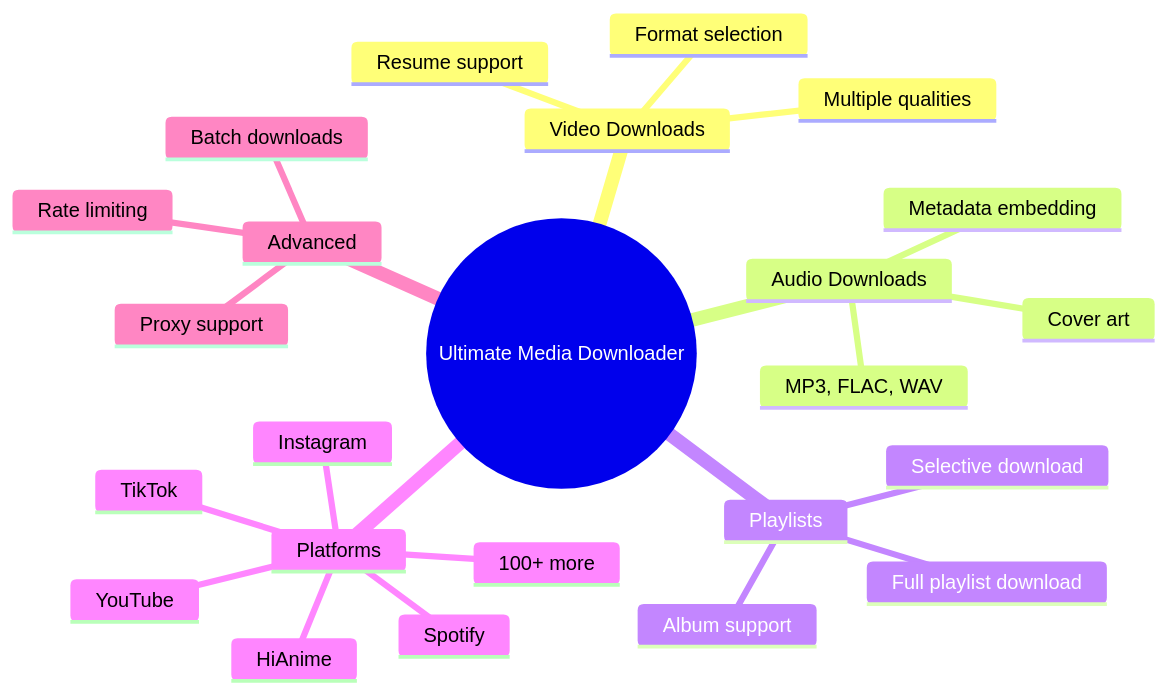
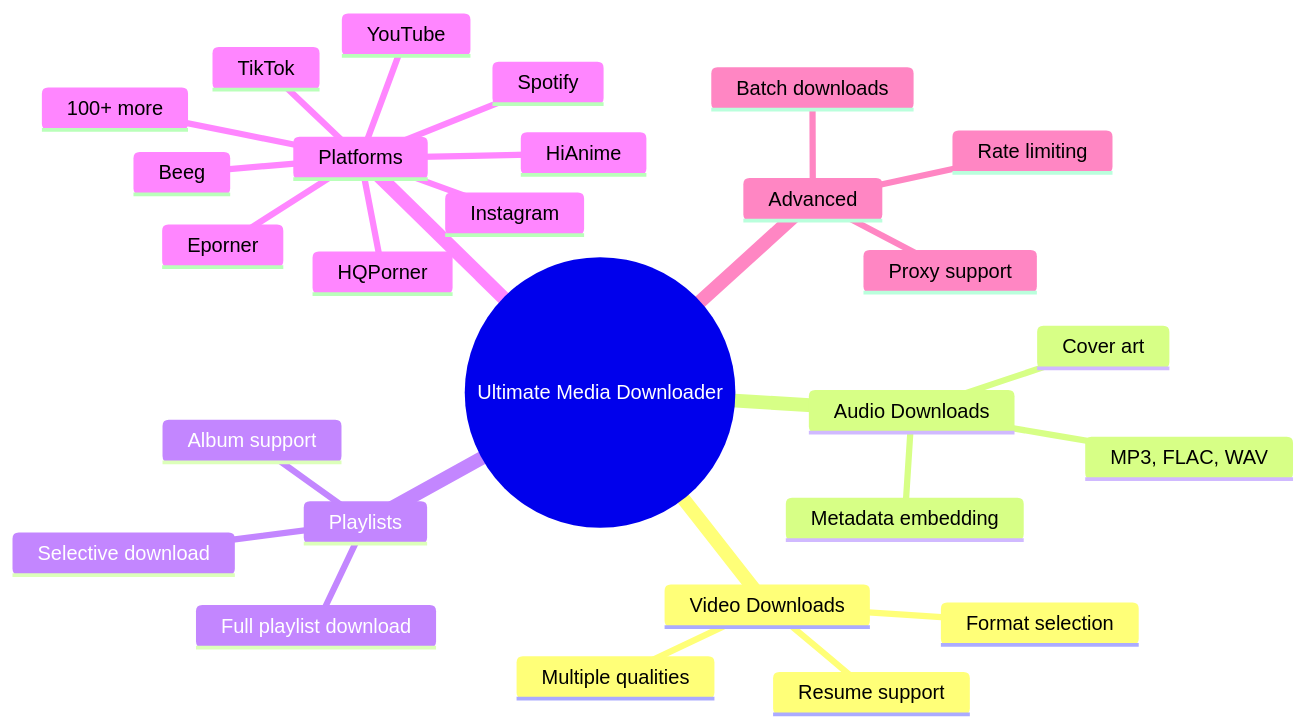
The first of 2 diagrams in documentations/PROJECT_OVERVIEW.md (NK2552003/ULTIMATE-MEDIA-DOWNLOADER), drawn with Mermaid before and after one commit. The commit also changed other lines of this file and 6 other files, not shown here.

````diff
--- a/documentations/PROJECT_OVERVIEW.md
+++ b/documentations/PROJECT_OVERVIEW.md
@@ -58,27 +58,30 @@
 ```mermaid
 mindmap
   root((Ultimate Media Downloader))
     Video Downloads
       Multiple qualities
       Format selection
       Resume support
     Audio Downloads
       MP3, FLAC, WAV
       Metadata embedding
       Cover art
     Playlists
       Full playlist download
       Selective download
       Album support
     Platforms
       YouTube
       Spotify
       Instagram
       TikTok
       HiAnime
+      Eporner
+      HQPorner
+      Beeg
       100+ more
     Advanced
       Batch downloads
       Proxy support
       Rate limiting
 ```
````
